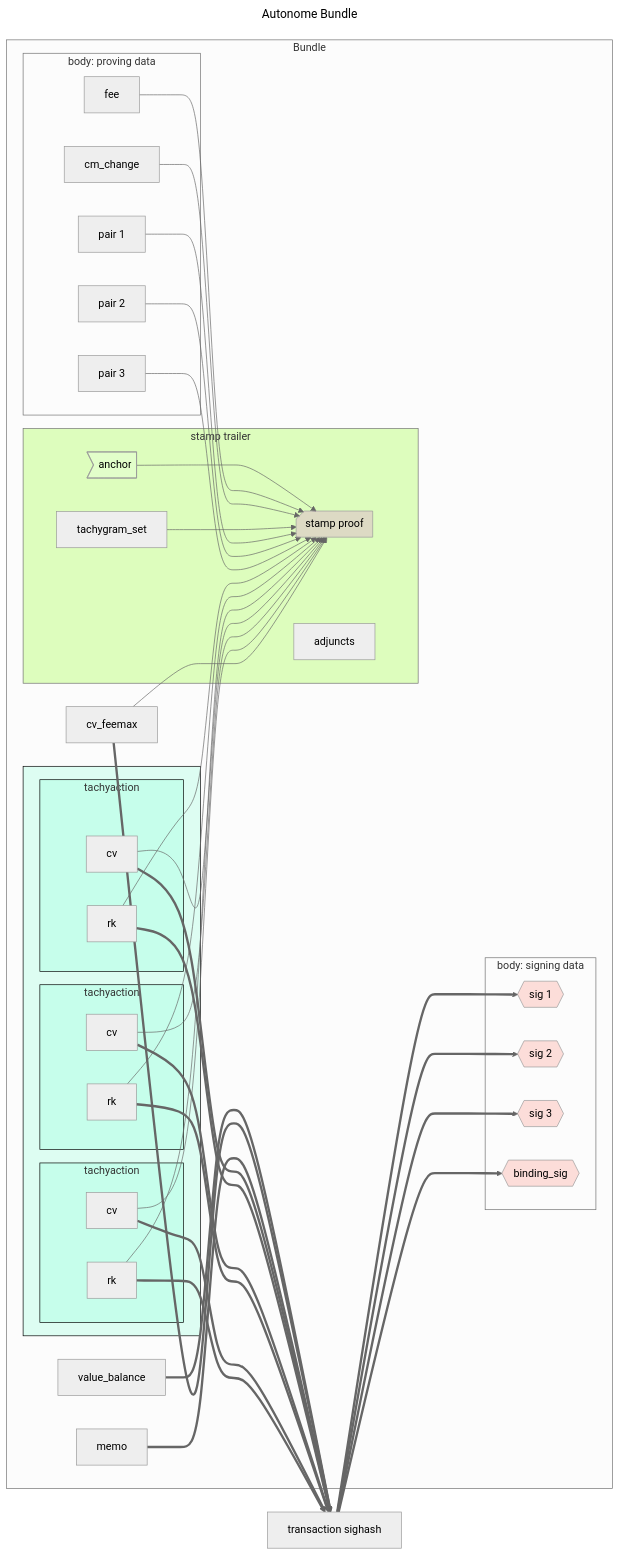
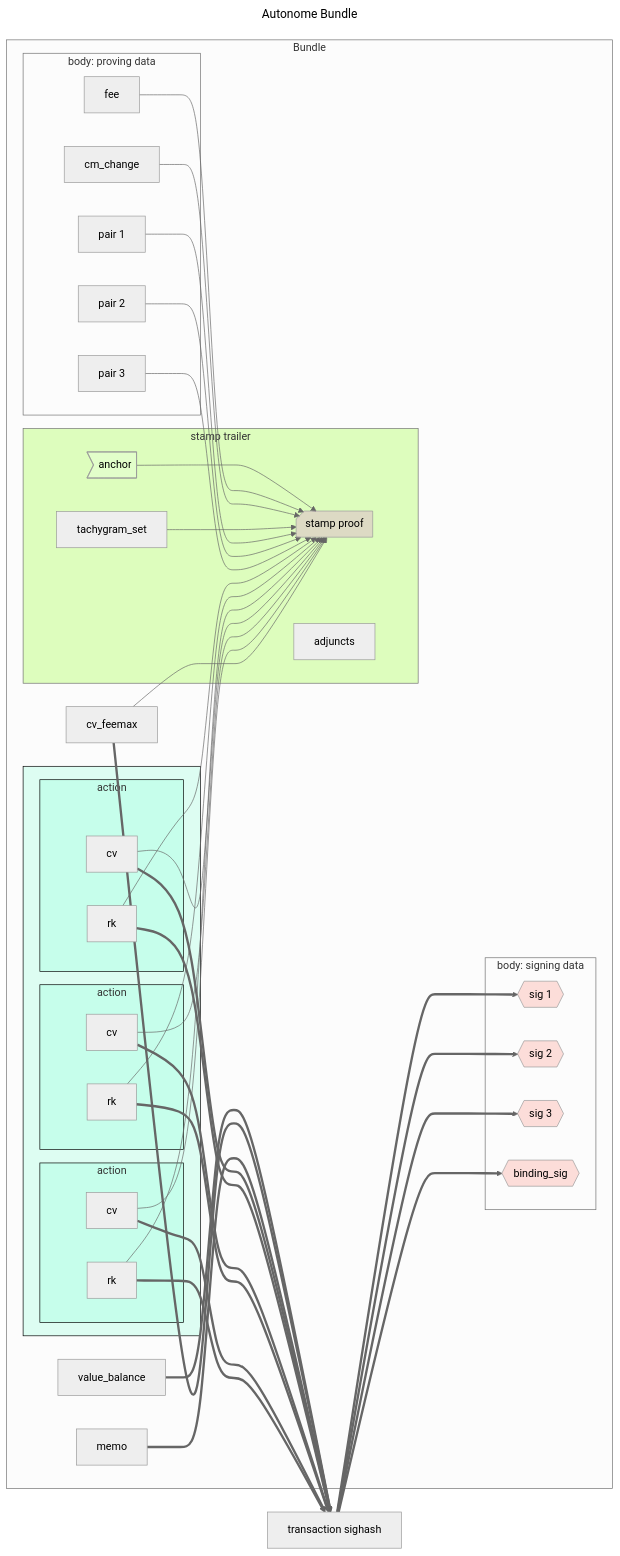
The diagram in book/src/bundle.md (tachyon-zcash/tachyon), drawn with Mermaid (neutral theme) before and after one commit. The commit also changed other lines of this file and 12 other files, not shown here.

````diff
--- a/book/src/bundle.md
+++ b/book/src/bundle.md
@@ -87,78 +85,78 @@
 ```mermaid
 ---
 title: Autonome Bundle
 ---
 flowchart LR
 classDef signature fill:#fa807240
 classDef optional fill:#d3d3d340,stroke-dasharray: 5 5
 
-style tachyaction1 fill:#7fffd440,stroke:black
-style tachyaction2 fill:#7fffd440,stroke:black
-style tachyaction3 fill:#7fffd440,stroke:black
-style tachyaction_vec fill:#7fffd440,stroke:black
+style action1 fill:#7fffd440,stroke:black
+style action2 fill:#7fffd440,stroke:black
+style action3 fill:#7fffd440,stroke:black
+style action_vec fill:#7fffd440,stroke:black
 
 style stamp_proof fill:#da70d640
 style anchor fill:#f0fff040
 
-style tachystamp fill:#7fff0040
+style stamp_trailer fill:#7fff0040
 
 subgraph shielded_data["Bundle"]
 
-    subgraph tachyaction_vec[" "]
+    subgraph action_vec[" "]
 
-        subgraph tachyaction1["tachyaction"]
+        subgraph action1["action"]
             cv1["cv"]
             rk1["rk"]
         end
 
-       subgraph tachyaction2["tachyaction"]
+       subgraph action2["action"]
             cv2["cv"]
             rk2["rk"]
         end
 
-       subgraph tachyaction3["tachyaction"]
+       subgraph action3["action"]
             cv3["cv"]
             rk3["rk"]
         end
     end
 
     subgraph proving_data["body: proving data"]
         tg1["pair 1"]
         tg2["pair 2"]
         tg3["pair 3"]
         fee_change["cm_change"]
         fee
     end
 
-    subgraph tachystamp["stamp trailer"]
+    subgraph stamp_trailer["stamp trailer"]
         tachygram_set
         adjuncts
         anchor@{shape: odd}
         stamp_proof@{shape: notch-rect, label: "stamp proof"}
 
         anchor ---> stamp_proof
         fee & fee_change & tachygram_set ---> stamp_proof
         tg1 & tg2 & tg3 ---> stamp_proof
     end
 
     rk1 & rk2 & rk3 ---> stamp_proof
     cv1 & cv2 & cv3 ---> stamp_proof
 
     subgraph signing_data["body: signing data"]
         sig1:::signature@{shape: hex, label: "sig 1"}
         sig2:::signature@{shape: hex, label: "sig 2"}
         sig3:::signature@{shape: hex, label: "sig 3"}
         sig_binding:::signature@{shape: hex, label: "binding_sig"}
     end
     v_balance["value_balance"]
     cv_feemax["cv_feemax"]
     memo
 
     cv_feemax ---> stamp_proof
 
 end
 
     v_balance & cv_feemax & memo ===> sighash["transaction sighash"]
     cv1 & rk1 & cv2 & rk2 & cv3 & rk3 ===> sighash
     sighash ===> sig_binding & sig1 & sig2 & sig3
 ```
````
